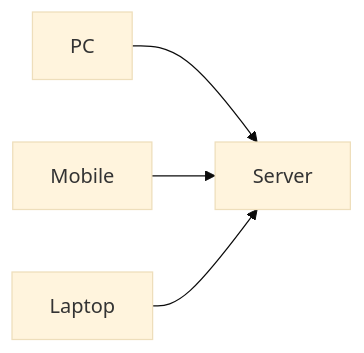
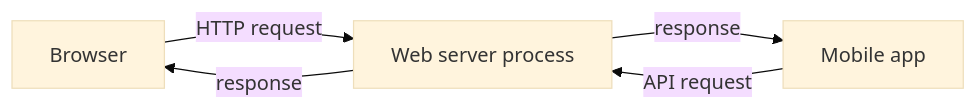
The fifth of 12 diagrams in computer-network/01-fundamentals/fundamentals.md (vanshbaranwal/backend-projects), drawn with Mermaid (base theme) before and after one commit. The commit also changed other lines of this file and 2 other files, not shown here.

Commit message:
docs(networking): refine notes, analogies, and diagrams

````diff
--- a/computer-network/01-fundamentals/fundamentals.md
+++ b/computer-network/01-fundamentals/fundamentals.md
@@ -135,6 +179,7 @@
 ```mermaid
 flowchart LR
-    A[PC] --> S[Server]
-    B[Mobile] --> S
-    C[Laptop] --> S
+    B[Browser] -->|HTTP request| S[Web server process]
+    M[Mobile app] -->|API request| S
+    S -->|response| B
+    S -->|response| M
 ```
````
